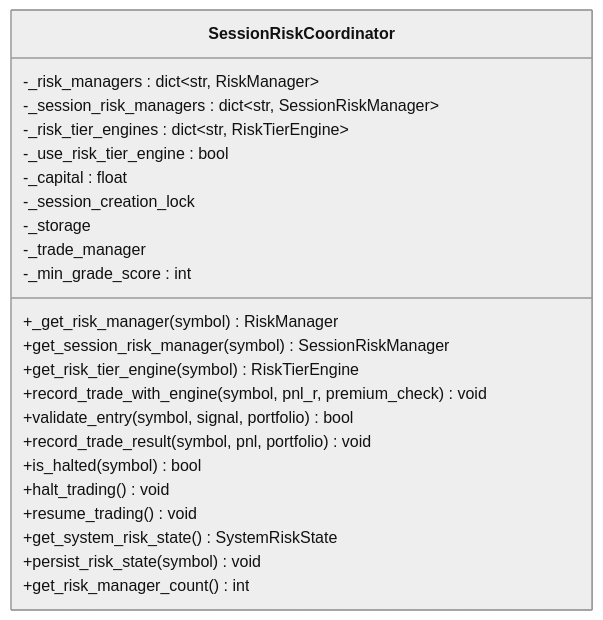
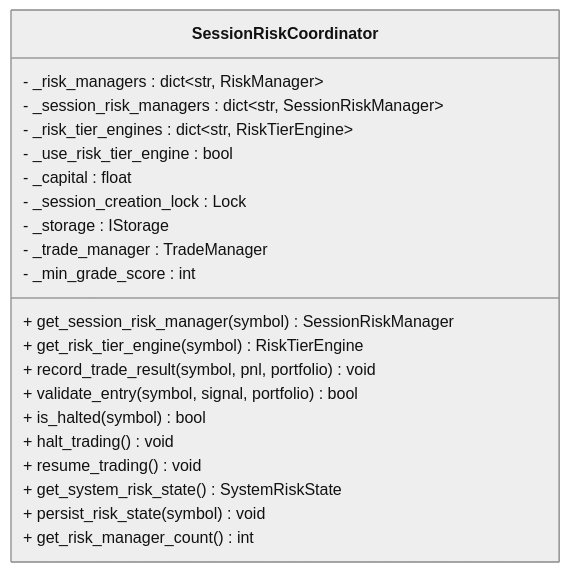
Before and after one commit to gemrajkhatry-maker/v5-of-glassytrade-ai: the tenth of 14 diagrams in .qoder/repowiki/en/content/Backend Application/Core Services/Trading Session Service.md, drawn with Mermaid (neutral theme). The commit also changed other lines of this file and 219 other files, not shown here.

First line of the commit message:
refactor: major architecture improvements across backend, backendv2, brokers, and frontend

````diff
--- a/.qoder/repowiki/en/content/Backend Application/Core Services/Trading Session Service.md
+++ b/.qoder/repowiki/en/content/Backend Application/Core Services/Trading Session Service.md
@@ -271,26 +422,24 @@
 ```mermaid
 classDiagram
 class SessionRiskCoordinator {
--_risk_managers : dict~str, RiskManager~
--_session_risk_managers : dict~str, SessionRiskManager~
--_risk_tier_engines : dict~str, RiskTierEngine~
--_use_risk_tier_engine : bool
--_capital : float
--_session_creation_lock
--_storage
--_trade_manager
--_min_grade_score : int
-+_get_risk_manager(symbol) RiskManager
-+get_session_risk_manager(symbol) SessionRiskManager
-+get_risk_tier_engine(symbol) RiskTierEngine
-+record_trade_with_engine(symbol, pnl_r, premium_check) void
-+validate_entry(symbol, signal, portfolio) bool
-+record_trade_result(symbol, pnl, portfolio) void
-+is_halted(symbol) bool
-+halt_trading() void
-+resume_trading() void
-+get_system_risk_state() SystemRiskState
-+persist_risk_state(symbol) void
-+get_risk_manager_count() int
+- _risk_managers : dict~str, RiskManager~
+- _session_risk_managers : dict~str, SessionRiskManager~
+- _risk_tier_engines : dict~str, RiskTierEngine~
+- _use_risk_tier_engine : bool
+- _capital : float
+- _session_creation_lock : Lock
+- _storage : IStorage
+- _trade_manager : TradeManager
+- _min_grade_score : int
++ get_session_risk_manager(symbol) SessionRiskManager
++ get_risk_tier_engine(symbol) RiskTierEngine
++ record_trade_result(symbol, pnl, portfolio) void
++ validate_entry(symbol, signal, portfolio) bool
++ is_halted(symbol) bool
++ halt_trading() void
++ resume_trading() void
++ get_system_risk_state() SystemRiskState
++ persist_risk_state(symbol) void
++ get_risk_manager_count() int
 }
 ```
````
